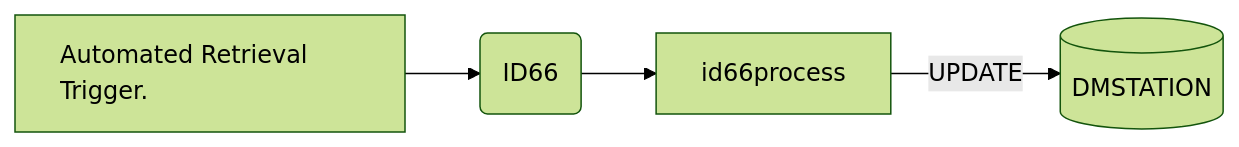
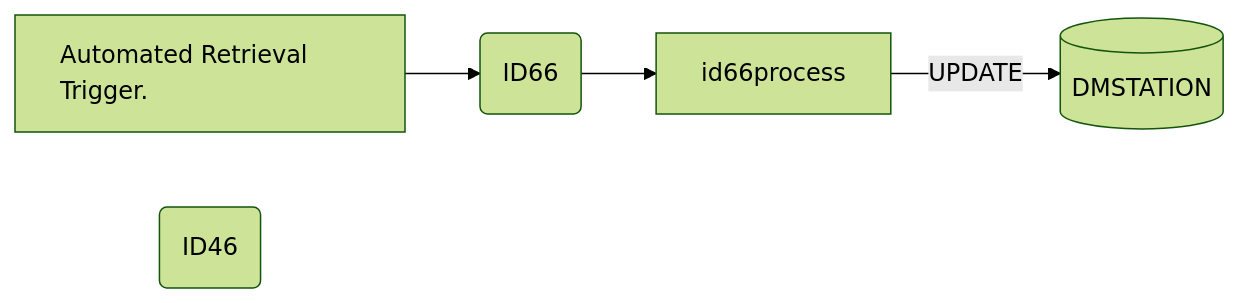
Before and after one commit to luthfiadityaa/SimeDarby-Wiki: the fourth of 15 diagrams in Basic-Design/DFD-WMS/Retrieval/Stacked-Empty-Pallet.md, drawn with Mermaid (forest theme).

Commit message:
Updated Stacked Empty Pallet

```diff
--- a/Basic-Design/DFD-WMS/Retrieval/Stacked-Empty-Pallet.md
+++ b/Basic-Design/DFD-WMS/Retrieval/Stacked-Empty-Pallet.md
@@ -84,18 +84,22 @@
 ::: mermaid
 flowchart LR
     input[
         Automated Retrieval Trigger.      
     ]
 
     id66msg("
      ID66
     ")
     tableList-update[("
         DMSTATION
     ")]
 
+    id46msg("
+     ID46
+    ")
+
     input -->id66msg-->id66process--> |UPDATE| tableList-update
 
     classDef leftAlign text-align:left;
     class input leftAlign;
 :::
```
